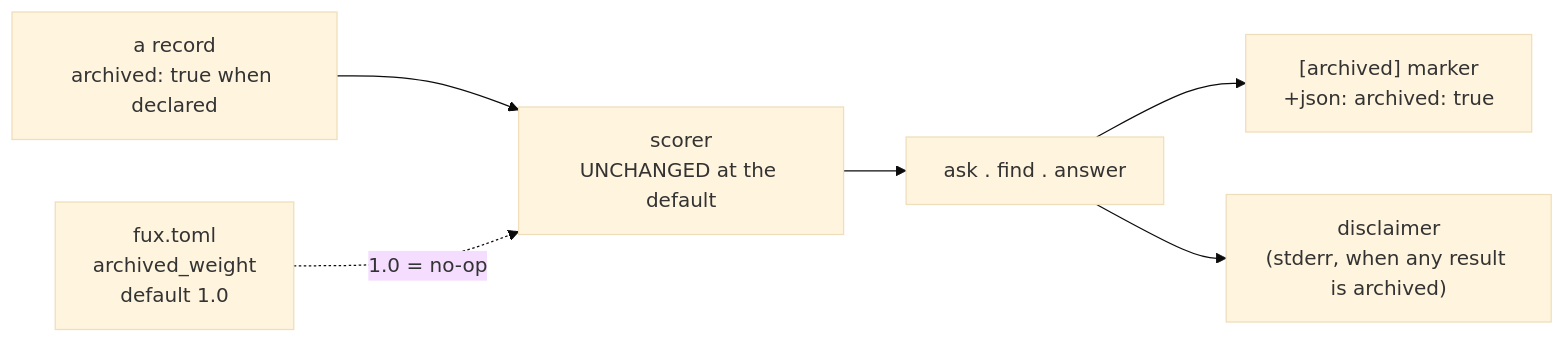
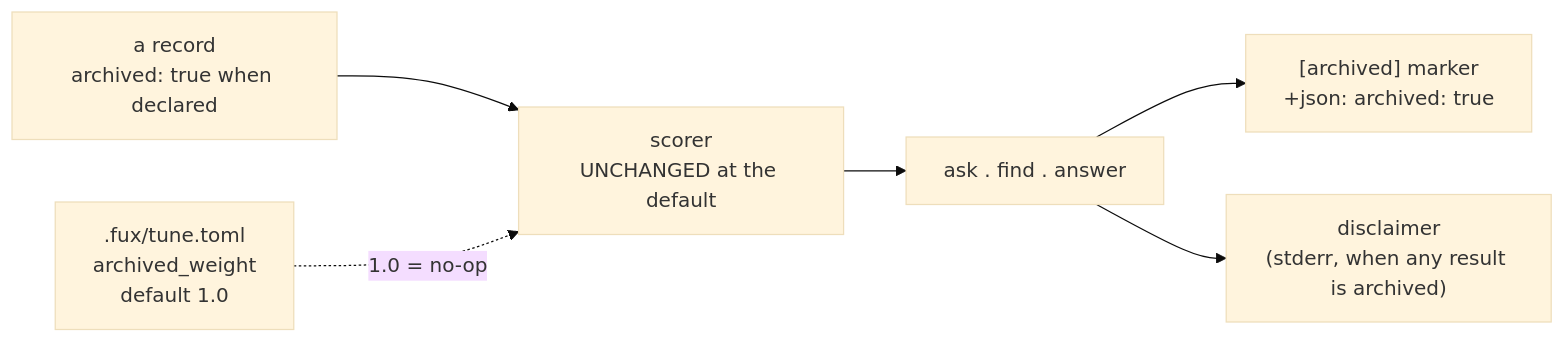
Before and after one commit to arpitarya/fux: the diagram in docs/adr/0037_archived-content.md, drawn with Mermaid (base theme). The commit also changed other lines of this file and 442 other files, not shown here.

````diff
--- a/docs/adr/0037_archived-content.md
+++ b/docs/adr/0037_archived-content.md
@@ -67,8 +39,8 @@
 ```mermaid
 flowchart LR
     D["a record<br/>archived: true when declared"] --> S["scorer<br/>UNCHANGED at the default"]
-    W["fux.toml<br/>archived_weight<br/>default 1.0"] -.->|"1.0 = no-op"| S
+    W[".fux/tune.toml<br/>archived_weight<br/>default 1.0"] -.->|"1.0 = no-op"| S
     S --> O["ask . find . answer"]
     O --> M["[archived] marker<br/>+json: archived: true"]
     O --> N["disclaimer<br/>(stderr, when any result is archived)"]
 ```
````
